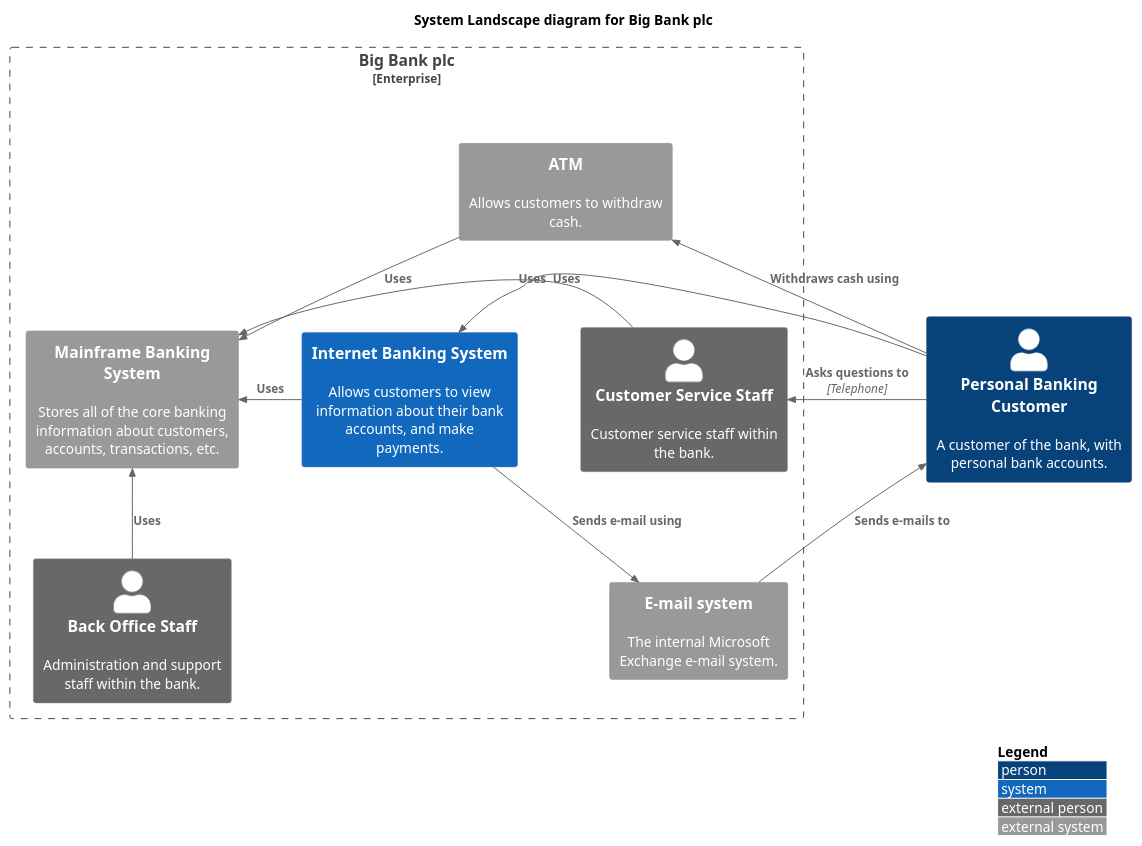
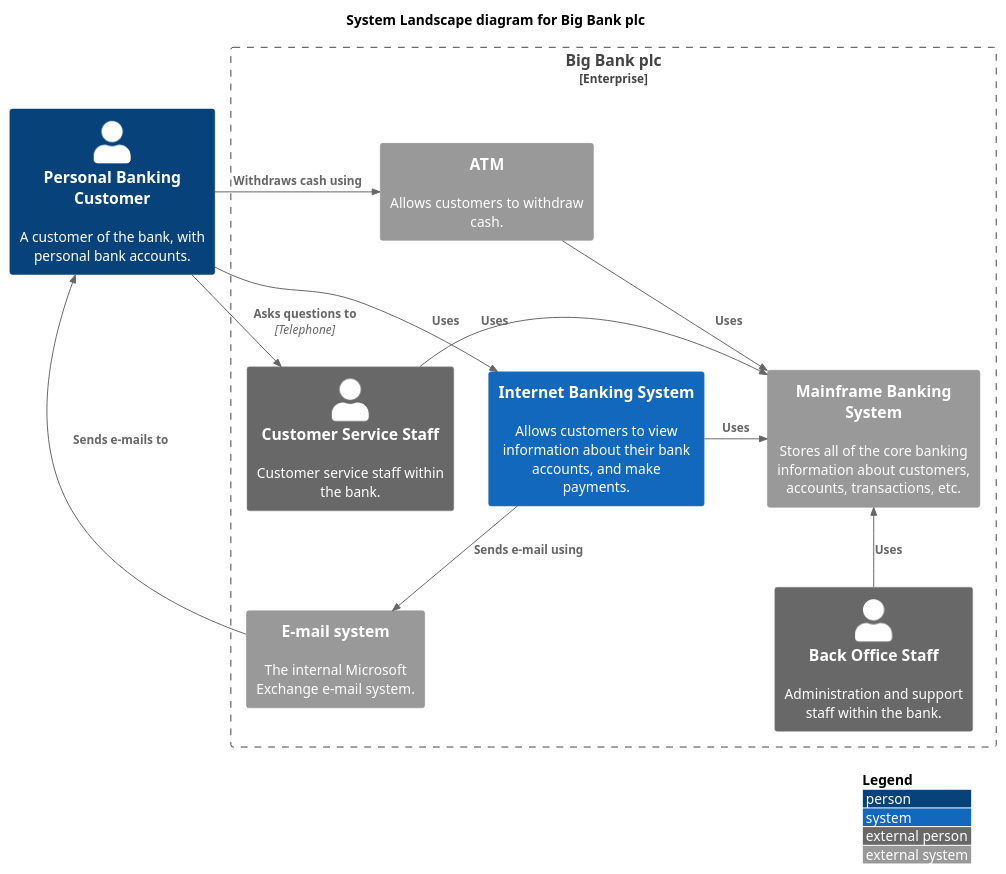
Before and after one commit to peerapongv/cdac-repo: the diagram in docs/1000/c4/context/context_level0.md, drawn with PlantUML.

Commit message:
test once again

````diff
--- a/docs/1000/c4/context/context_level0.md
+++ b/docs/1000/c4/context/context_level0.md
@@ -1,44 +1,44 @@
 ```kroki-plantuml
 @startuml
 !include https://raw.githubusercontent.com/plantuml-stdlib/C4-PlantUML/master/C4_Context.puml
 ' uncomment the following line and comment the first to use locally
 ' !include C4_Context.puml
 
 'LAYOUT_TOP_DOWN()
 'LAYOUT_AS_SKETCH()
 LAYOUT_WITH_LEGEND()
 
 title System Landscape diagram for Big Bank plc
 
 Person(customer, "Personal Banking Customer", "A customer of the bank, with personal bank accounts.")
 
 Enterprise_Boundary(c0, "Big Bank plc") {
     System(banking_system, "Internet Banking System", "Allows customers to view information about their bank accounts, and make payments.")
 
     System_Ext(atm, "ATM", "Allows customers to withdraw cash.")
     System_Ext(mail_system, "E-mail system", "The internal Microsoft Exchange e-mail system.")
 
     System_Ext(mainframe, "Mainframe Banking System", "Stores all of the core banking information about customers, accounts, transactions, etc.")
 
     Person_Ext(customer_service, "Customer Service Staff", "Customer service staff within the bank.")
     Person_Ext(back_office, "Back Office Staff", "Administration and support staff within the bank.")
 }
 
-Rel_Neighbor(customer, banking_system, "Uses")
-Rel_R(customer, atm, "Withdraws cash using")
+Rel(customer, banking_system, "Uses")
+Rel(customer, atm, "Withdraws cash using")
 Rel_Back(customer, mail_system, "Sends e-mails to")
 
 Rel_R(customer, customer_service, "Asks questions to", "Telephone")
 
 Rel_D(banking_system, mail_system, "Sends e-mail using")
 Rel_R(atm, mainframe, "Uses")
 Rel_R(banking_system, mainframe, "Uses")
 Rel_R(customer_service, mainframe, "Uses")
 Rel_U(back_office, mainframe, "Uses")
 
 Lay_D(atm, banking_system)
 
 Lay_D(atm, customer)
 Lay_U(mail_system, customer)
 @enduml
 ```
````
